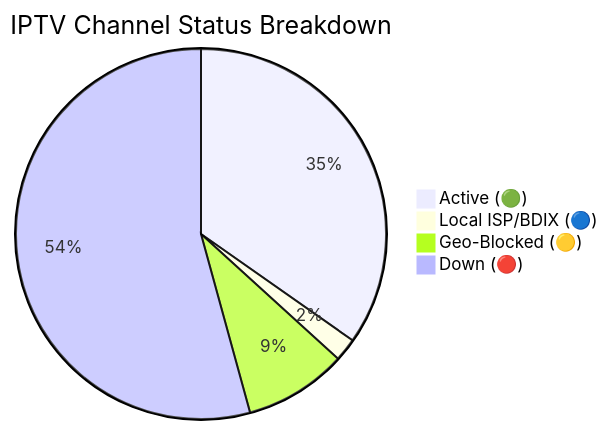
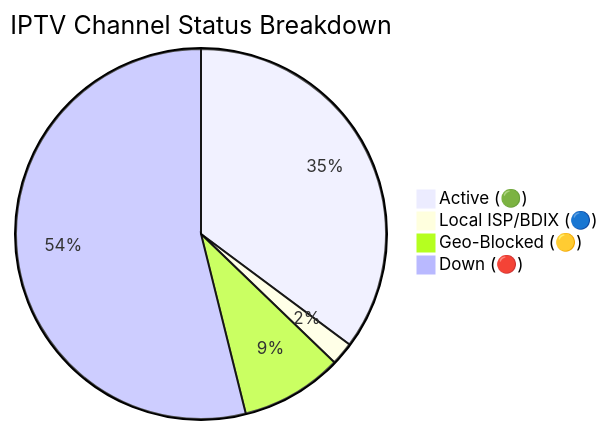
Before and after one commit to andreataylord/Ip-tv-Collection: the diagram in README.md, drawn with Mermaid. The commit also changed other lines of this file and 1 other file, not shown here.

Commit message:
docs(readme): auto-update daily channel status chart

````diff
--- a/README.md
+++ b/README.md
@@ -59,7 +59,7 @@
 ```mermaid
 pie title IPTV Channel Status Breakdown
-    "Active (🟢)" : 2206
+    "Active (🟢)" : 2234
     "Local ISP/BDIX (🔵)" : 128
-    "Geo-Blocked (🟡)" : 570
-    "Down (🔴)" : 3446
+    "Geo-Blocked (🟡)" : 566
+    "Down (🔴)" : 3422
 ```
````
